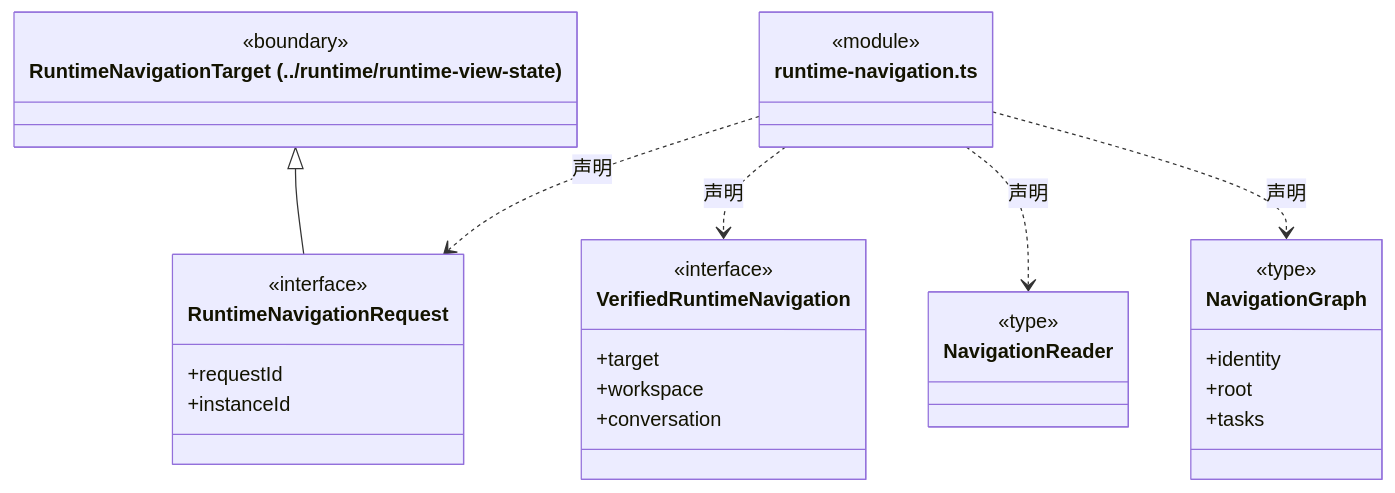
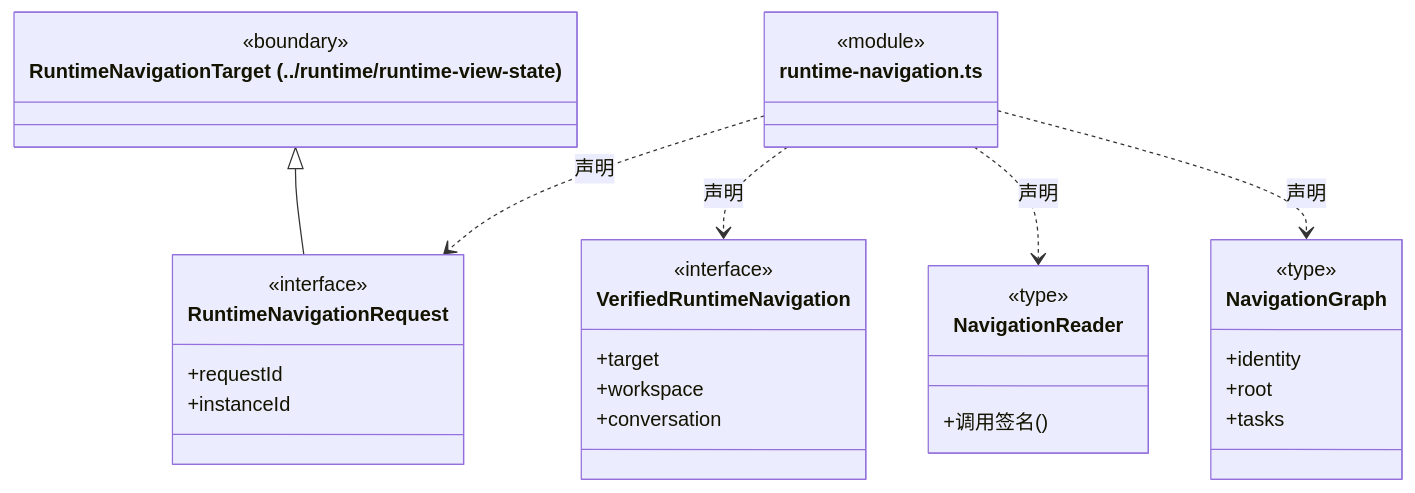
One commit to nan023062/cbim changed the seventh of 18 diagrams in src/view/shell/ARCHITECTURE.md. Above: the diagram before and after it, drawn with Mermaid. The commit also changed other lines of this file and 137 other files, not shown here.

Commit message:
fix: align architecture generator with documentation standards

````diff
--- a/src/view/shell/ARCHITECTURE.md
+++ b/src/view/shell/ARCHITECTURE.md
@@ -188,35 +196,35 @@
 ```mermaid
 classDiagram
 class N_src_view_shell_runtime_navigation_ts["runtime-navigation.ts"] {
   <<module>>
 }
 class N_src_view_shell_runtime_navigation_ts_RuntimeNavigationRequest["RuntimeNavigationRequest"] {
   <<interface>>
   +requestId
   +instanceId
 }
 N_src_view_shell_runtime_navigation_ts ..> N_src_view_shell_runtime_navigation_ts_RuntimeNavigationRequest : 声明
 class N_src_view_shell_runtime_navigation_ts_external_RuntimeNavigationTarget["RuntimeNavigationTarget (../runtime/runtime-view-state)"] {
   <<boundary>>
 }
 N_src_view_shell_runtime_navigation_ts_external_RuntimeNavigationTarget <|-- N_src_view_shell_runtime_navigation_ts_RuntimeNavigationRequest
 class N_src_view_shell_runtime_navigation_ts_VerifiedRuntimeNavigation["VerifiedRuntimeNavigation"] {
   <<interface>>
   +target
   +workspace
   +conversation
 }
 N_src_view_shell_runtime_navigation_ts ..> N_src_view_shell_runtime_navigation_ts_VerifiedRuntimeNavigation : 声明
 class N_src_view_shell_runtime_navigation_ts_NavigationReader["NavigationReader"] {
   <<type>>
-
+  +调用签名()
 }
 N_src_view_shell_runtime_navigation_ts ..> N_src_view_shell_runtime_navigation_ts_NavigationReader : 声明
 class N_src_view_shell_runtime_navigation_ts_NavigationGraph["NavigationGraph"] {
   <<type>>
   +identity
   +root
   +tasks
 }
 N_src_view_shell_runtime_navigation_ts ..> N_src_view_shell_runtime_navigation_ts_NavigationGraph : 声明
 ```
````
